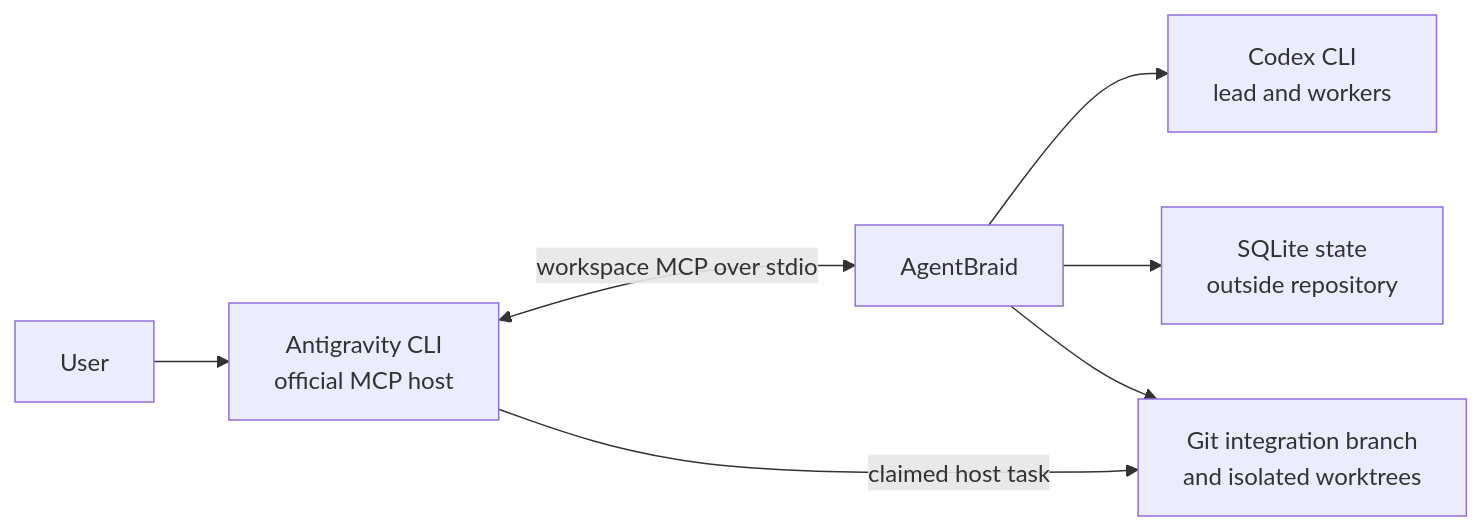
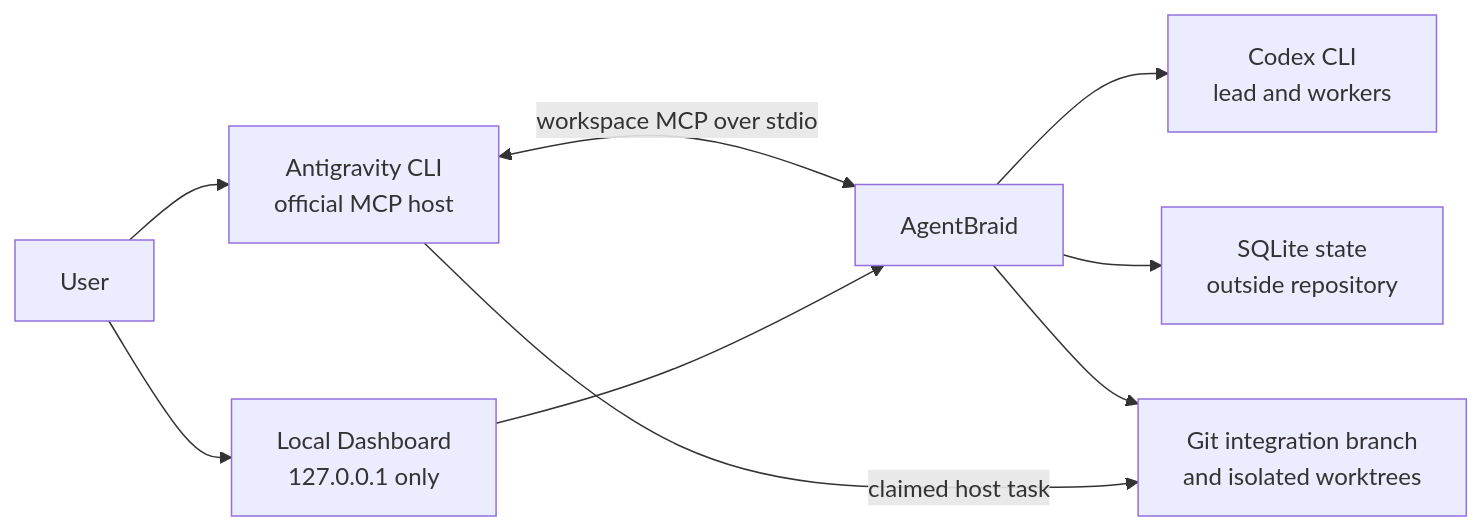
Before and after one commit to xuu33030/agentbraid: the diagram in README.md, drawn with Mermaid. The commit also changed other lines of this file and 26 other files, not shown here.

Commit message:
feat: add local run dashboard

````diff
--- a/README.md
+++ b/README.md
@@ -22,9 +23,11 @@
 ```mermaid
 flowchart LR
     user["User"] --> host["Antigravity CLI<br/>official MCP host"]
     host <-->|"workspace MCP over stdio"| braid["AgentBraid"]
+    user --> dashboard["Local Dashboard<br/>127.0.0.1 only"]
+    dashboard --> braid
     braid --> codex["Codex CLI<br/>lead and workers"]
     braid --> state["SQLite state<br/>outside repository"]
     braid --> git["Git integration branch<br/>and isolated worktrees"]
     host -->|"claimed host task"| git
 ```
````
